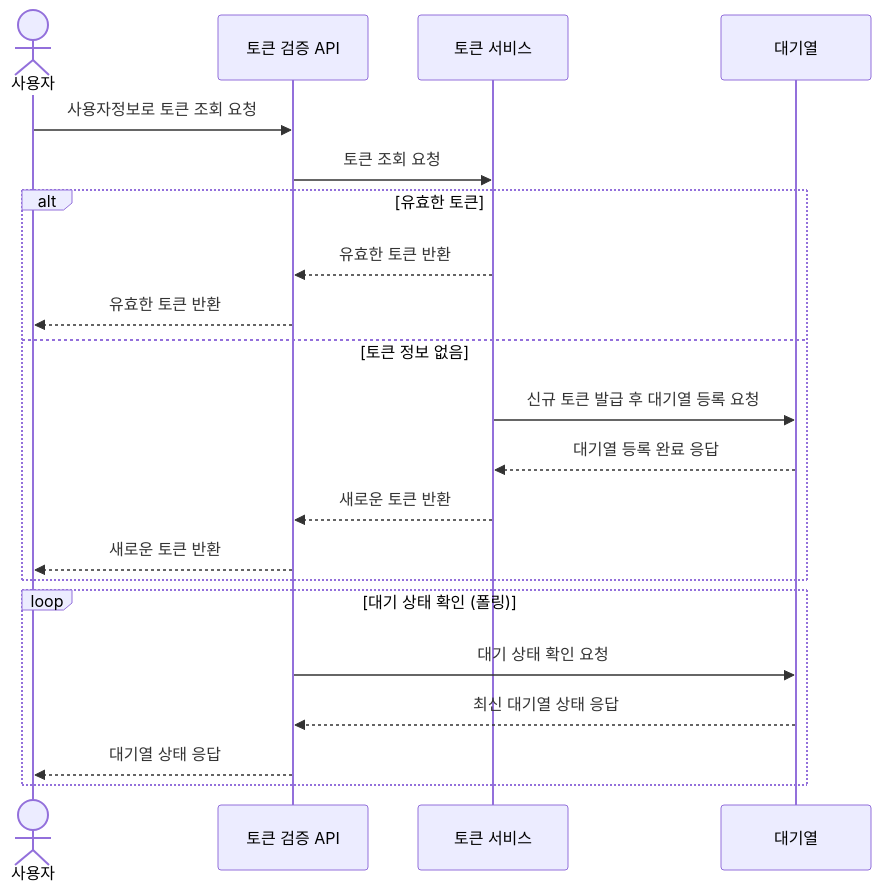
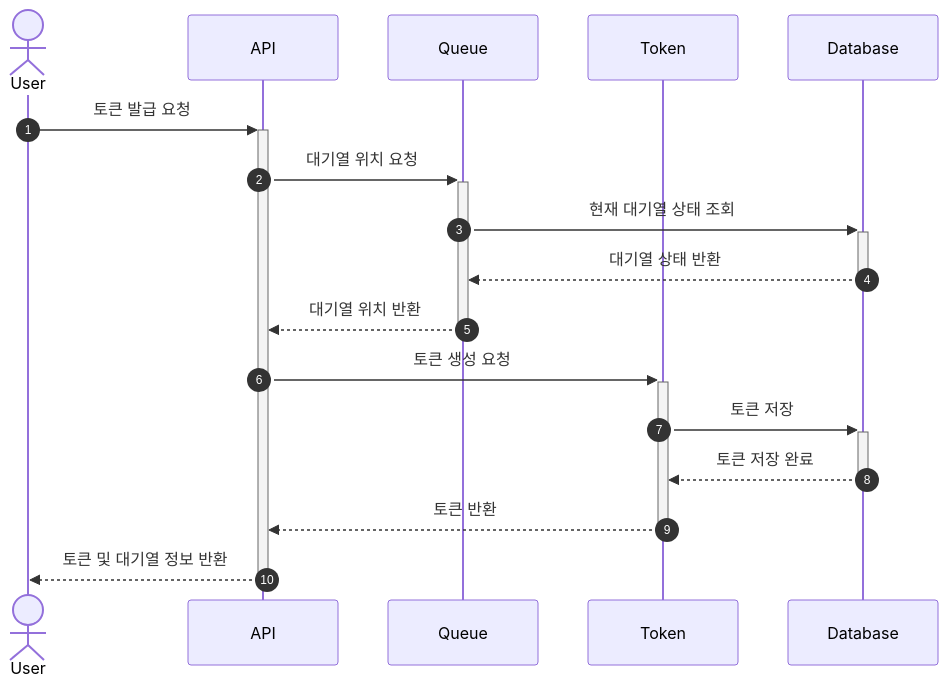
The first of 7 diagrams in doc/sequence.md (Kook-s/Concert), drawn with Mermaid before and after one commit. The commit also changed other lines of this file and 2 other files, not shown here.

````diff
--- a/doc/sequence.md
+++ b/doc/sequence.md
@@ -6,28 +3,21 @@
-```mermaid
+``` mermaid
 sequenceDiagram
-    actor Client as 사용자
-    participant API as 토큰 검증 API
-    participant Token as 토큰 서비스
-    participant Queue as 대기열
-
-    Client ->> API: 사용자정보로 토큰 조회 요청
-
-    API ->> Token: 토큰 조회 요청
-
-    alt 유효한 토큰
-		    Token -->> API: 유효한 토큰 반환
-        API -->> Client: 유효한 토큰 반환
-    else 토큰 정보 없음
-        Token ->> Queue: 신규 토큰 발급 후 대기열 등록 요청
-        Queue -->> Token: 대기열 등록 완료 응답
-        Token -->> API: 새로운 토큰 반환
-        API -->> Client: 새로운 토큰 반환
-    end
-
-    loop 대기 상태 확인 (폴링)
-        API ->> Queue: 대기 상태 확인 요청
-        Queue -->> API: 최신 대기열 상태 응답
-        API -->> Client: 대기열 상태 응답
-    end
-
+	autonumber
+	
+	actor User
+	participant API	
+	participant Queue
+	participant Token
+	participant Database
+	
+	User ->> +API: 토큰 발급 요청
+	API ->> +Queue: 대기열 위치 요청
+	Queue ->> +Database: 현재 대기열 상태 조회
+	Database -->> -Queue: 대기열 상태 반환
+	Queue -->> -API: 대기열 위치 반환
+	API ->> +Token: 토큰 생성 요청
+	Token ->> +Database: 토큰 저장
+	Database -->> -Token: 토큰 저장 완료
+	Token -->> -API: 토큰 반환
+	API -->> -User: 토큰 및 대기열 정보 반환
 ```
````
